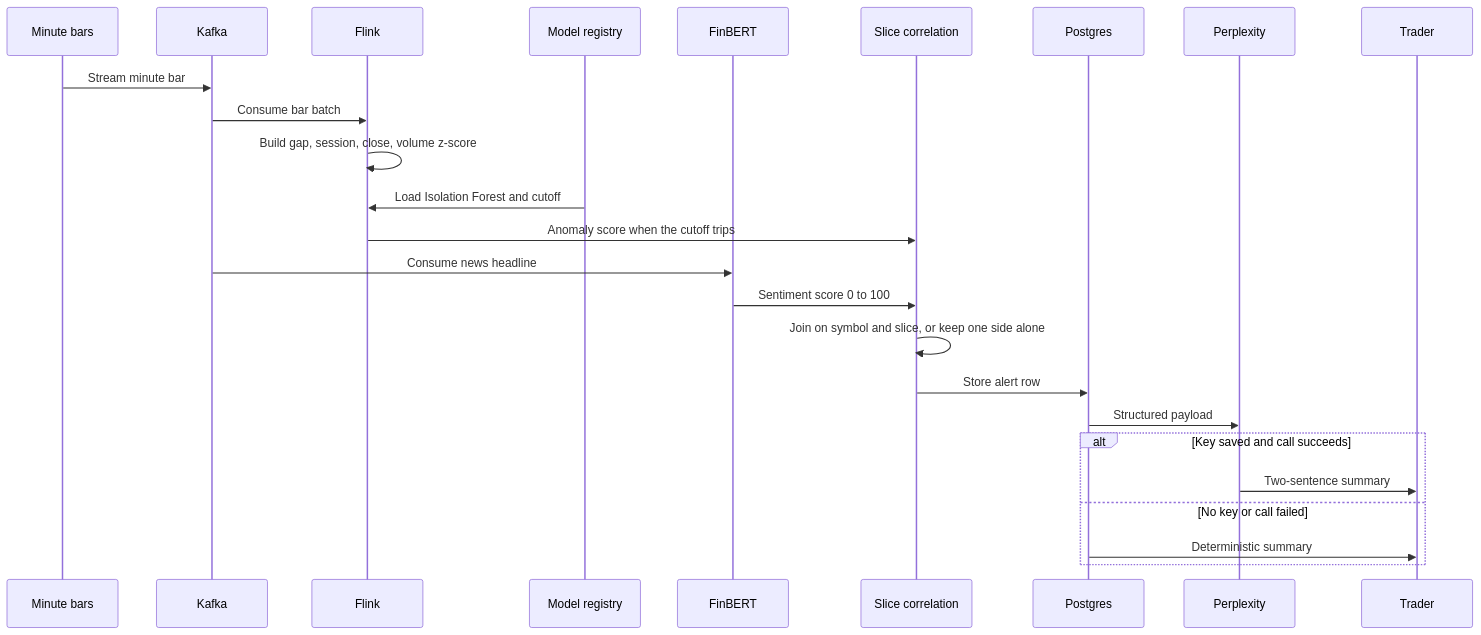
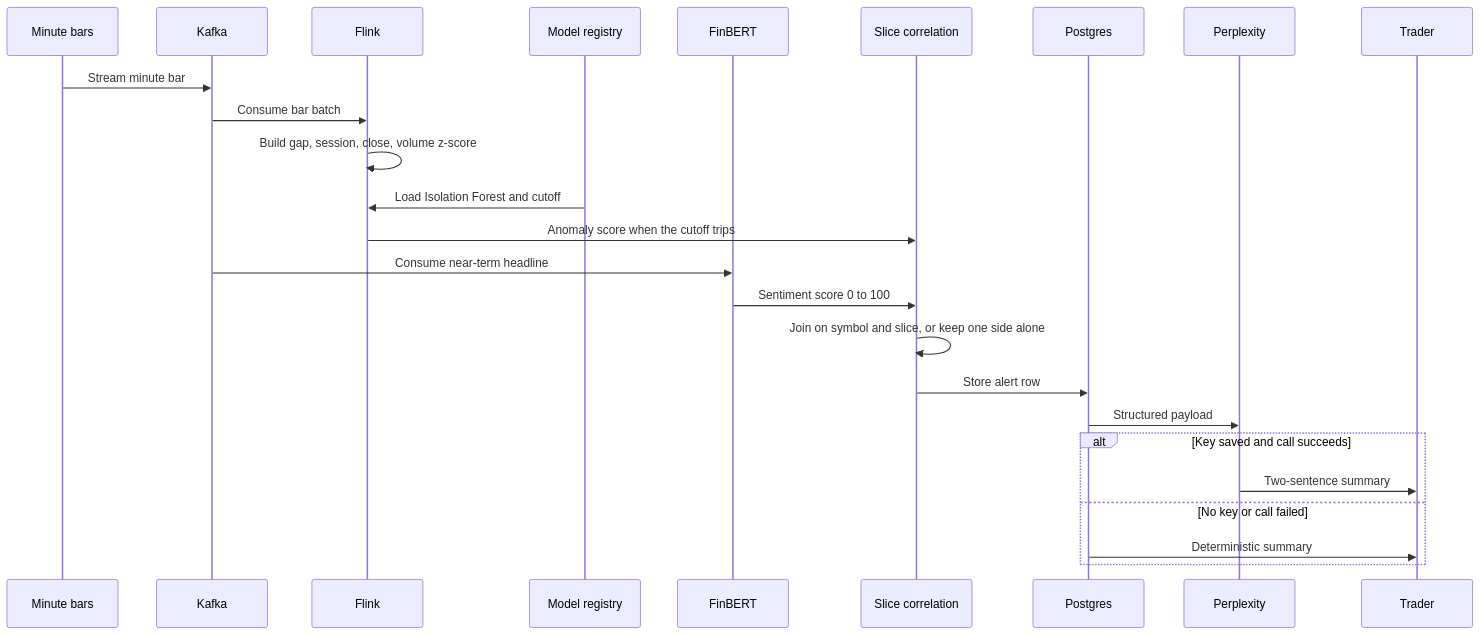
The eighth of 8 diagrams in docs/architecture.md (sameerde4/ticker-alert-system), drawn with Mermaid before and after one commit. The commit also changed other lines of this file and 6 other files, not shown here.

````diff
--- a/docs/architecture.md
+++ b/docs/architecture.md
@@ -274,28 +286,28 @@
 ```mermaid
 sequenceDiagram
     participant Market as Minute bars
     participant Kafka
     participant Flink
     participant Registry as Model registry
     participant FinBERT
     participant Corr as Slice correlation
     participant PG as Postgres
     participant Pplx as Perplexity
     participant Trader
 
     Market->>Kafka: Stream minute bar
     Kafka->>Flink: Consume bar batch
     Flink->>Flink: Build gap, session, close, volume z-score
     Registry->>Flink: Load Isolation Forest and cutoff
     Flink->>Corr: Anomaly score when the cutoff trips
-    Kafka->>FinBERT: Consume news headline
+    Kafka->>FinBERT: Consume near-term headline
     FinBERT->>Corr: Sentiment score 0 to 100
     Corr->>Corr: Join on symbol and slice, or keep one side alone
     Corr->>PG: Store alert row
     PG->>Pplx: Structured payload
     alt Key saved and call succeeds
         Pplx->>Trader: Two-sentence summary
     else No key or call failed
         PG->>Trader: Deterministic summary
     end
 ```
````
